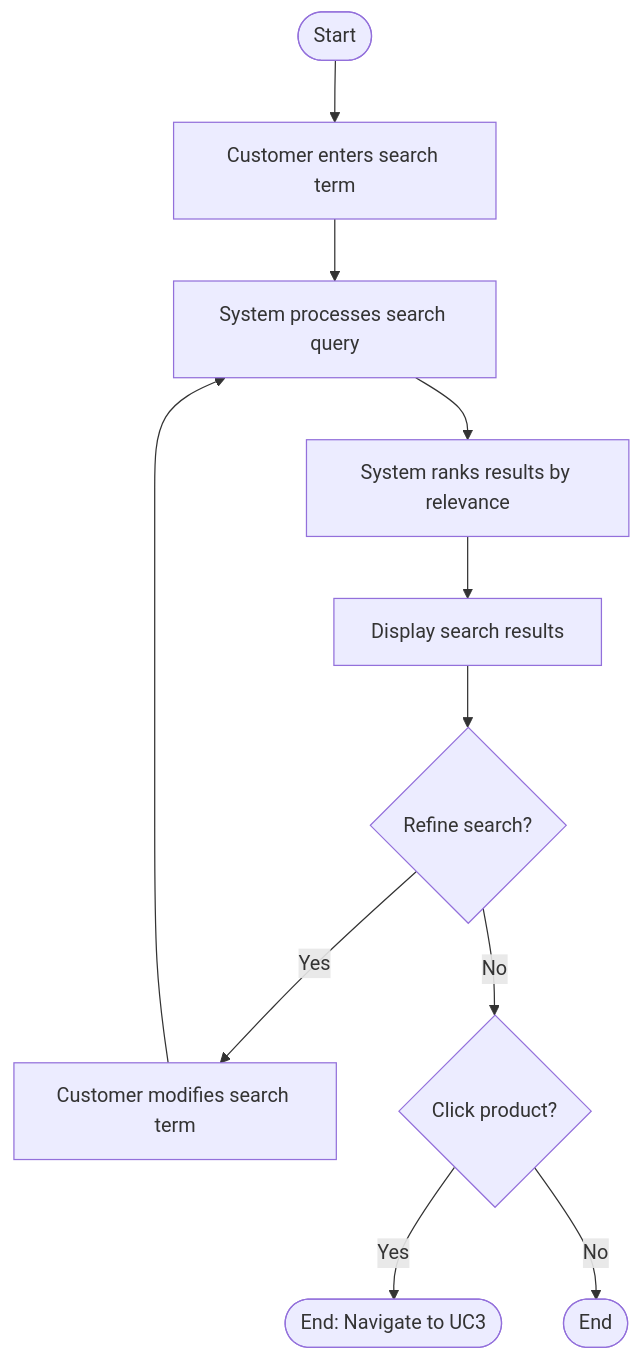
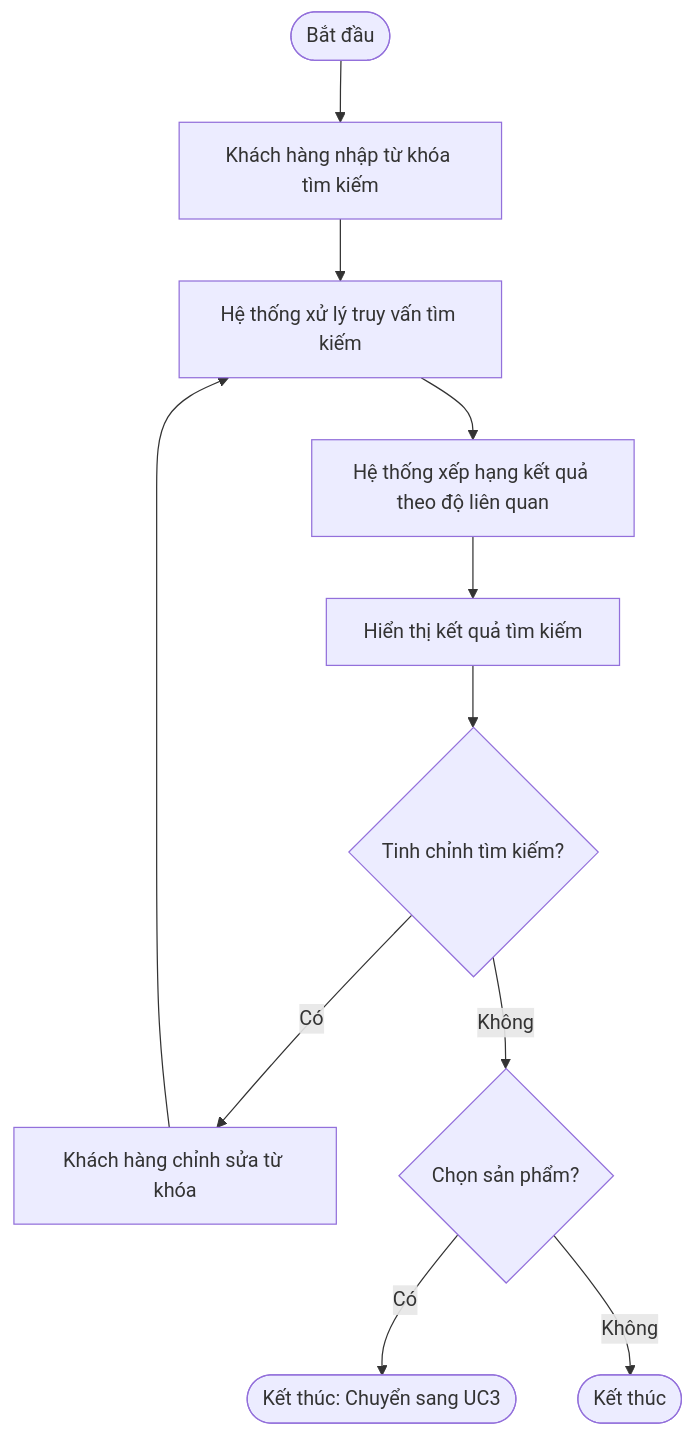
The fifth of 57 diagrams in docs/design-analysis/OOSAD_ANALYSIS.md (DanhTrannn/TLCN), drawn with Mermaid before and after one commit. The commit also changed other lines of this file, not shown here.

````diff
--- a/docs/design-analysis/OOSAD_ANALYSIS.md
+++ b/docs/design-analysis/OOSAD_ANALYSIS.md
@@ -757,13 +759,13 @@
 ```mermaid
 flowchart TD
-    Start([Start]) --> A[Customer enters search term]
-    A --> B[System processes search query]
-    B --> C[System ranks results by relevance]
-    C --> D[Display search results]
-    D --> E{Refine search?}
-    E -->|Yes| F[Customer modifies search term]
+    Start([Bắt đầu]) --> A[Khách hàng nhập từ khóa tìm kiếm]
+    A --> B[Hệ thống xử lý truy vấn tìm kiếm]
+    B --> C[Hệ thống xếp hạng kết quả theo độ liên quan]
+    C --> D[Hiển thị kết quả tìm kiếm]
+    D --> E{Tinh chỉnh tìm kiếm?}
+    E -->|Có| F[Khách hàng chỉnh sửa từ khóa]
     F --> B
-    E -->|No| G{Click product?}
-    G -->|Yes| H([End: Navigate to UC3])
-    G -->|No| I([End])
+    E -->|Không| G{Chọn sản phẩm?}
+    G -->|Có| H([Kết thúc: Chuyển sang UC3])
+    G -->|Không| I([Kết thúc])
 ```
````
